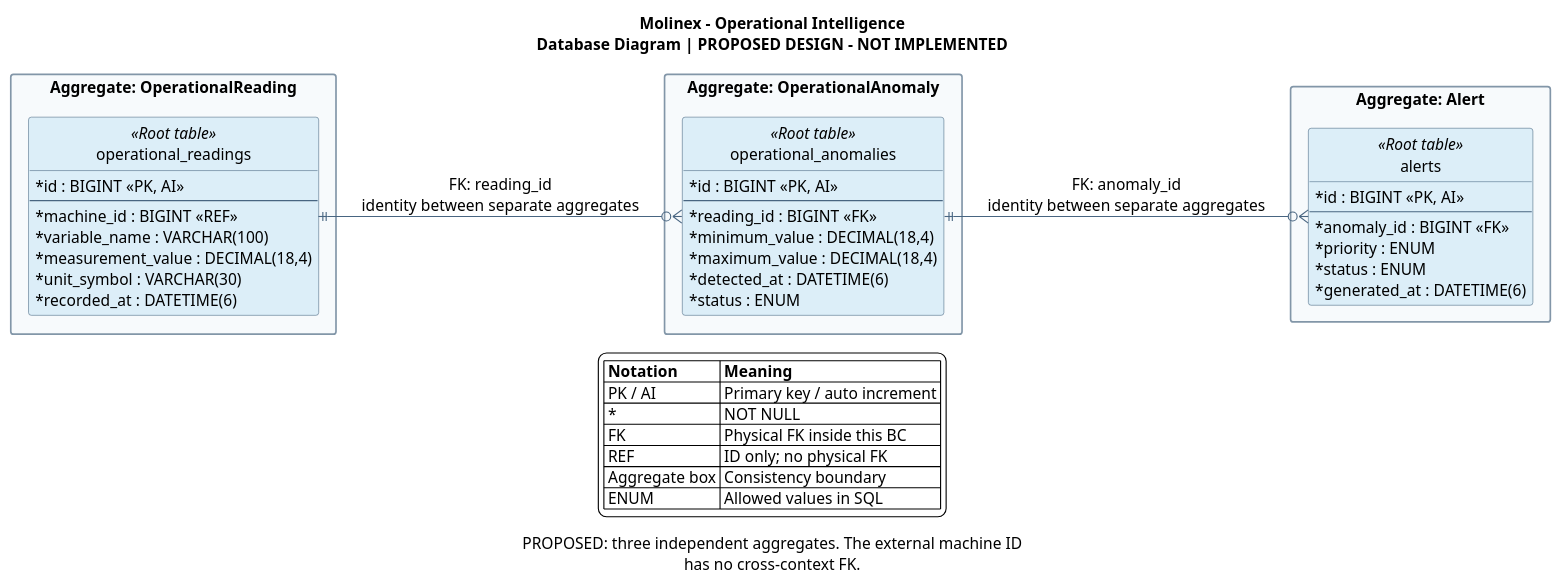
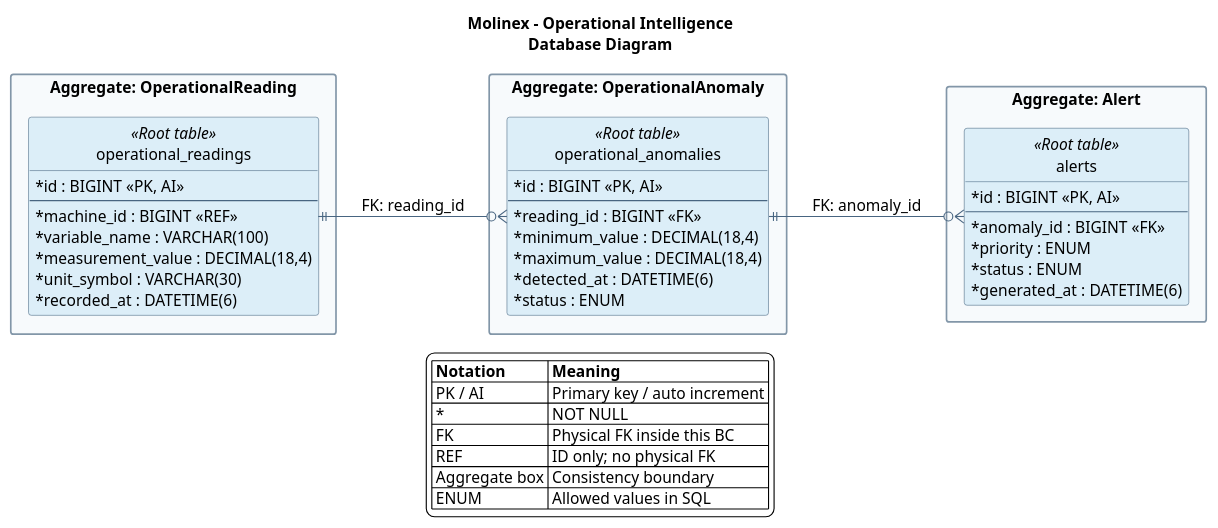
Before and after one commit to Vanguard-open-source/molinex-report: the diagram in assets/Images Chapter 4/Database Design/Database Diagrams/operational-intelligence-database.puml, drawn with PlantUML. The commit also changed 14 other files, not shown here.

Commit message:
docs(database): simplify diagram descriptions and titles

```diff
--- a/assets/Images Chapter 4/Database Design/Database Diagrams/operational-intelligence-database.puml
+++ b/assets/Images Chapter 4/Database Design/Database Diagrams/operational-intelligence-database.puml
@@ -1,64 +1,60 @@
 @startuml
 left to right direction
 hide circle
 hide methods
 skinparam backgroundColor #FFFFFF
 skinparam shadowing false
 skinparam defaultFontName Arial
 skinparam defaultFontSize 14
 skinparam classAttributeIconSize 0
 skinparam packageStyle rectangle
 skinparam ArrowColor #486581
 skinparam nodesep 50
 skinparam ranksep 75
 skinparam classBorderColor #486581
 skinparam packageBorderColor #8296A8
-title Molinex - Operational Intelligence\nDatabase Diagram | PROPOSED DESIGN - NOT IMPLEMENTED
-caption
-PROPOSED: three independent aggregates. The external machine ID
-has no cross-context FK.
-endcaption
+title Molinex - Operational Intelligence\nDatabase Diagram
 package "Aggregate: OperationalReading" as aggregate_0 #F7FAFC {
 entity "operational_readings" as operational_readings <<Root table>> #DCEEF8 {
   * id : BIGINT <<PK, AI>>
   --
   * machine_id : BIGINT <<REF>>
   * variable_name : VARCHAR(100)
   * measurement_value : DECIMAL(18,4)
   * unit_symbol : VARCHAR(30)
   * recorded_at : DATETIME(6)
 }
 }
 package "Aggregate: OperationalAnomaly" as aggregate_1 #F7FAFC {
 entity "operational_anomalies" as operational_anomalies <<Root table>> #DCEEF8 {
   * id : BIGINT <<PK, AI>>
   --
   * reading_id : BIGINT <<FK>>
   * minimum_value : DECIMAL(18,4)
   * maximum_value : DECIMAL(18,4)
   * detected_at : DATETIME(6)
   * status : ENUM
 }
 }
 package "Aggregate: Alert" as aggregate_2 #F7FAFC {
 entity "alerts" as alerts <<Root table>> #DCEEF8 {
   * id : BIGINT <<PK, AI>>
   --
   * anomaly_id : BIGINT <<FK>>
   * priority : ENUM
   * status : ENUM
   * generated_at : DATETIME(6)
 }
 }
-operational_readings ||--o{ operational_anomalies : FK: reading_id\nidentity between separate aggregates
-operational_anomalies ||--o{ alerts : FK: anomaly_id\nidentity between separate aggregates
+operational_readings ||--o{ operational_anomalies : FK: reading_id
+operational_anomalies ||--o{ alerts : FK: anomaly_id
 legend bottom
 |= Notation |= Meaning |
 | PK / AI | Primary key / auto increment |
 | * | NOT NULL |
 | FK | Physical FK inside this BC |
 | REF | ID only; no physical FK |
 | Aggregate box | Consistency boundary |
 | ENUM | Allowed values in SQL |
 endlegend
 @enduml
```
